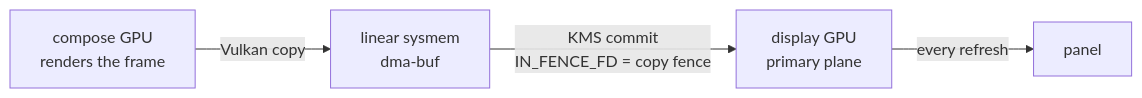
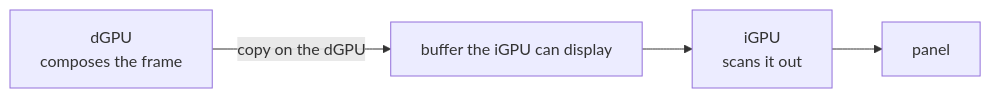
One commit to noonomyen/hypr-aquamarine-msc changed the diagram in README.md. Above: the diagram before and after it, drawn with Mermaid. The commit also changed other lines of this file and 5 other files, not shown here.

````diff
--- a/README.md
+++ b/README.md
@@ -18,6 +18,6 @@
 ```mermaid
 flowchart LR
-  A["compose GPU<br/>renders the frame"] -->|"Vulkan copy"| B["linear sysmem<br/>dma-buf"]
-  B -->|"KMS commit<br/>IN_FENCE_FD = copy fence"| C["display GPU<br/>primary plane"]
-  C -->|"every refresh"| D["panel"]
+  A["dGPU<br/>composes the frame"] -->|"copy on the dGPU"| B["buffer the iGPU can display"]
+  B --> C["iGPU<br/>scans it out"]
+  C --> D["panel"]
 ```
````
